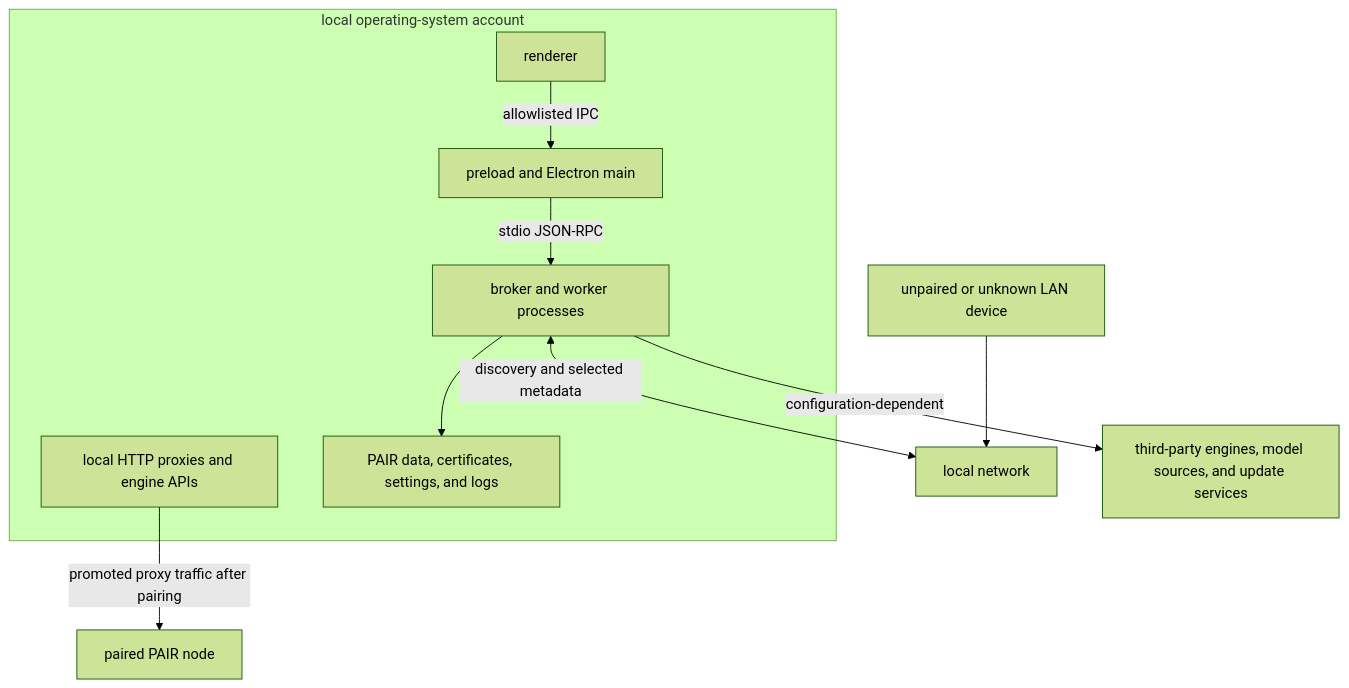
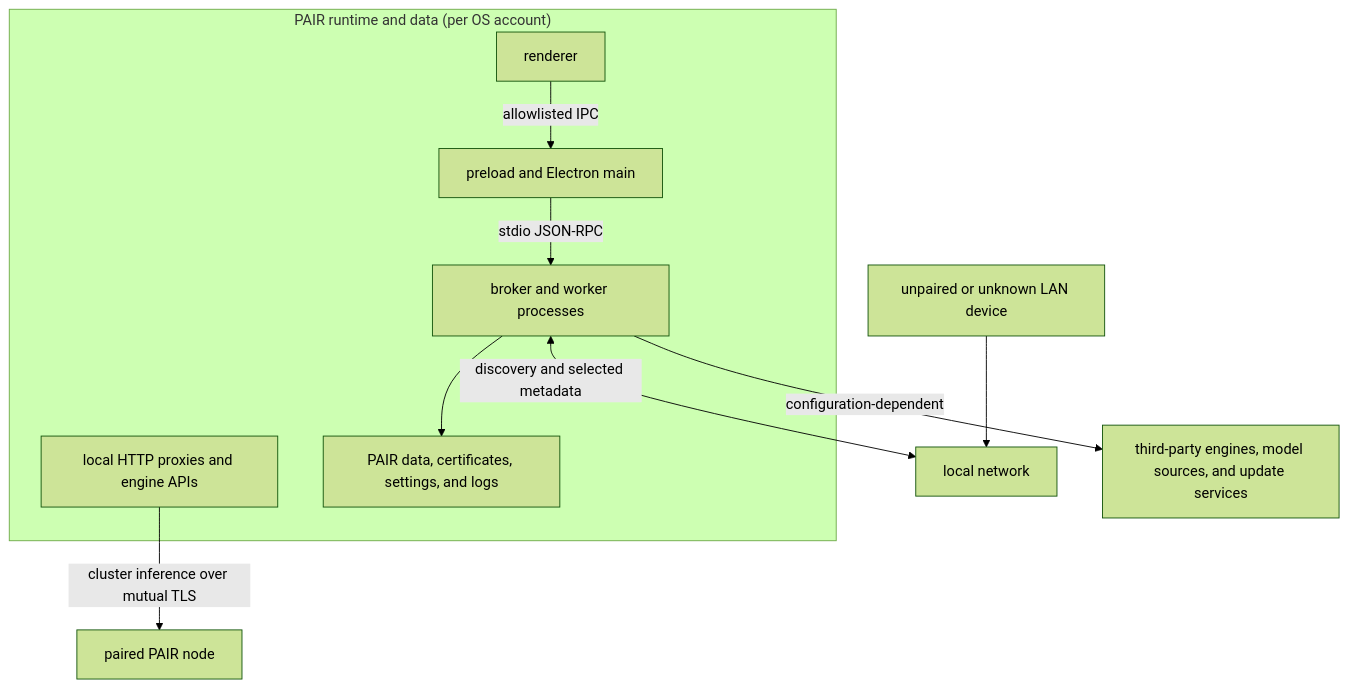
One commit to NVIDIA/Personal-AI-Router changed the fifth of 5 diagrams in docs/architecture.mdx. Above: the diagram before and after it, drawn with Mermaid (forest theme). The commit also changed other lines of this file and 3 other files, not shown here.

````diff
--- a/docs/architecture.mdx
+++ b/docs/architecture.mdx
@@ -672,23 +670,23 @@
 ```mermaid
 flowchart TB
-    subgraph Host["local operating-system account"]
+    subgraph Host["PAIR runtime and data (per OS account)"]
         Renderer["renderer"]
         Main["preload and Electron main"]
         Broker["broker and worker processes"]
         Loopback["local HTTP proxies and engine APIs"]
         Data["PAIR data, certificates, settings, and logs"]
     end
 
     Lan["local network"]
     Peer["paired PAIR node"]
     Unknown["unpaired or unknown LAN device"]
     External["third-party engines, model sources, and update services"]
 
     Renderer -->|"allowlisted IPC"| Main
     Main -->|"stdio JSON-RPC"| Broker
     Broker --> Data
-    Loopback -->|"promoted proxy traffic after pairing"| Peer
+    Loopback -->|"cluster inference over mutual TLS"| Peer
     Broker <-->|"discovery and selected metadata"| Lan
     Unknown --> Lan
     Broker -->|"configuration-dependent"| External
 ```
````
